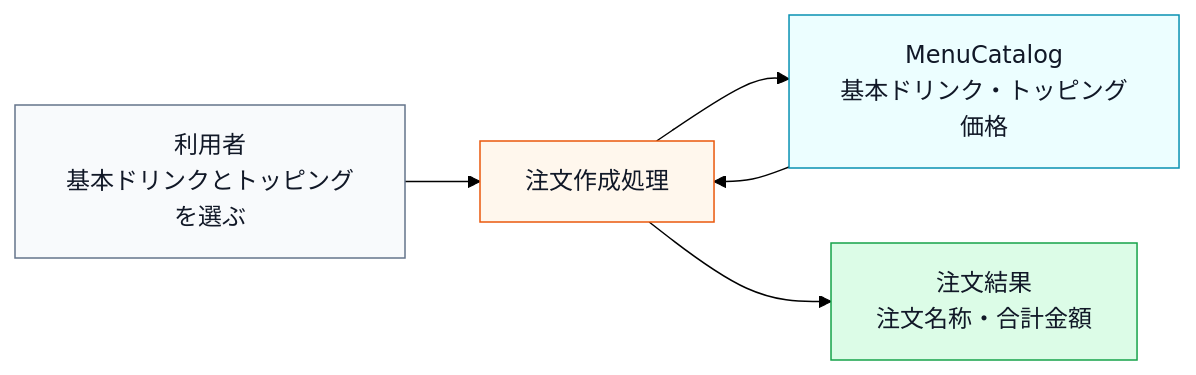
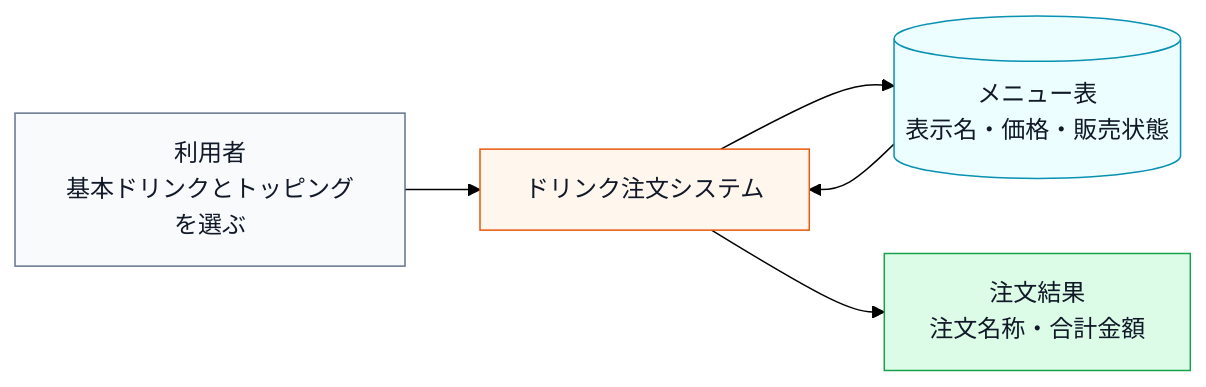
One commit to kumachan1101-pixel/DesignPattern changed the first of 12 diagrams in kindle/design-patterns/output/chapter06.md. Above: the diagram before and after it, drawn with Mermaid (forest theme). The commit also changed other lines of this file and 14 other files, not shown here.

Commit message:
全章の仕様図と変更対象外基盤を整合

````diff
--- a/kindle/design-patterns/output/chapter06.md
+++ b/kindle/design-patterns/output/chapter06.md
@@ -47,16 +47,16 @@
 ```mermaid
 flowchart LR
-    U["利用者<br>基本ドリンクとトッピングを選ぶ"] --> O["注文作成処理"]
-    O --> M["MenuCatalog<br>基本ドリンク・トッピング価格"]
+    U["利用者<br>基本ドリンクとトッピングを選ぶ"] --> O["ドリンク注文システム"]
+    O --> M[("メニュー表<br>表示名・価格・販売状態")]
     M --> O
     O --> R["注文結果<br>注文名称・合計金額"]
 
     classDef actor fill:#f8fafc,stroke:#64748b,color:#111827;
     classDef data fill:#ecfeff,stroke:#0891b2,color:#111827;
     classDef process fill:#fff7ed,stroke:#ea580c,color:#111827;
     classDef result fill:#dcfce7,stroke:#16a34a,color:#111827;
     class U actor;
     class M data;
     class O process;
     class R result;
 ```
````
